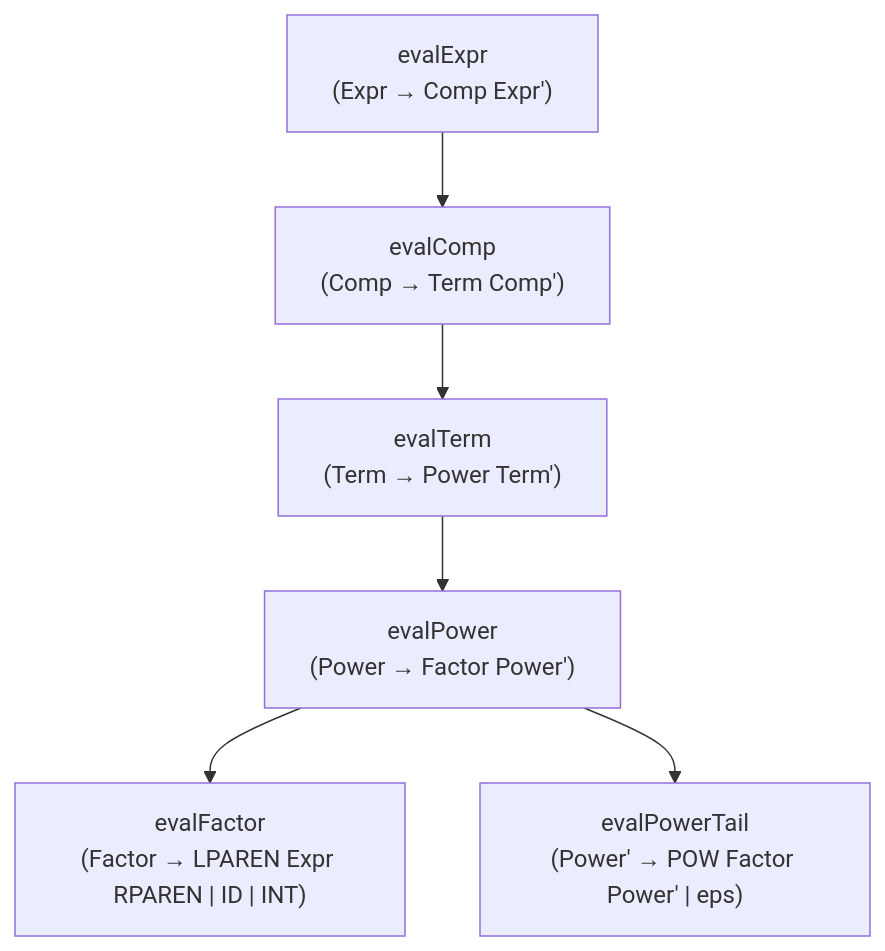
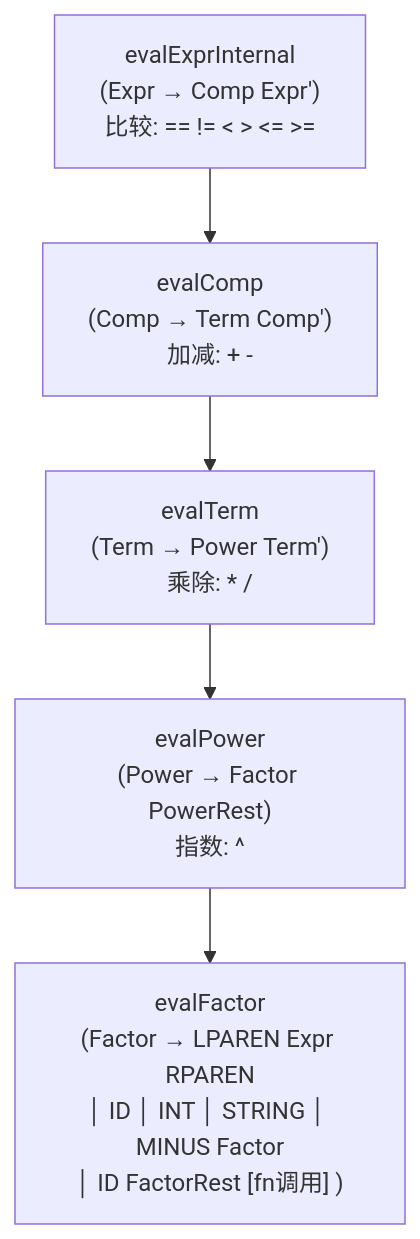
One commit to Kerwin07/Compiler-Theory changed the second of 3 diagrams in Experiment/Semantic/实验报告_语义分析器.md. Above: the diagram before and after it, drawn with Mermaid. The commit also changed other lines of this file and 26 other files, not shown here.

````diff
--- a/Experiment/Semantic/实验报告_语义分析器.md
+++ b/Experiment/Semantic/实验报告_语义分析器.md
@@ -107,8 +165,7 @@
 ```mermaid
 flowchart TD
-    A["evalExpr<br/>(Expr → Comp Expr')"] --> B["evalComp<br/>(Comp → Term Comp')"]
-    B --> C["evalTerm<br/>(Term → Power Term')"]
-    C --> D["evalPower<br/>(Power → Factor Power')"]
-    D --> E["evalFactor<br/>(Factor → LPAREN Expr RPAREN | ID | INT)"]
-    D --> F["evalPowerTail<br/>(Power' → POW Factor Power' | eps)"]
+    A["evalExprInternal<br/>(Expr → Comp Expr')<br/>比较: == != < > <= >="] --> B["evalComp<br/>(Comp → Term Comp')<br/>加减: + -"]
+    B --> C["evalTerm<br/>(Term → Power Term')<br/>乘除: * /"]
+    C --> D["evalPower<br/>(Power → Factor PowerRest)<br/>指数: ^"]
+    D --> E["evalFactor<br/>(Factor → LPAREN Expr RPAREN<br/>│ ID │ INT │ STRING │ MINUS Factor<br/>│ ID FactorRest [fn调用] )"]
 ```
````
